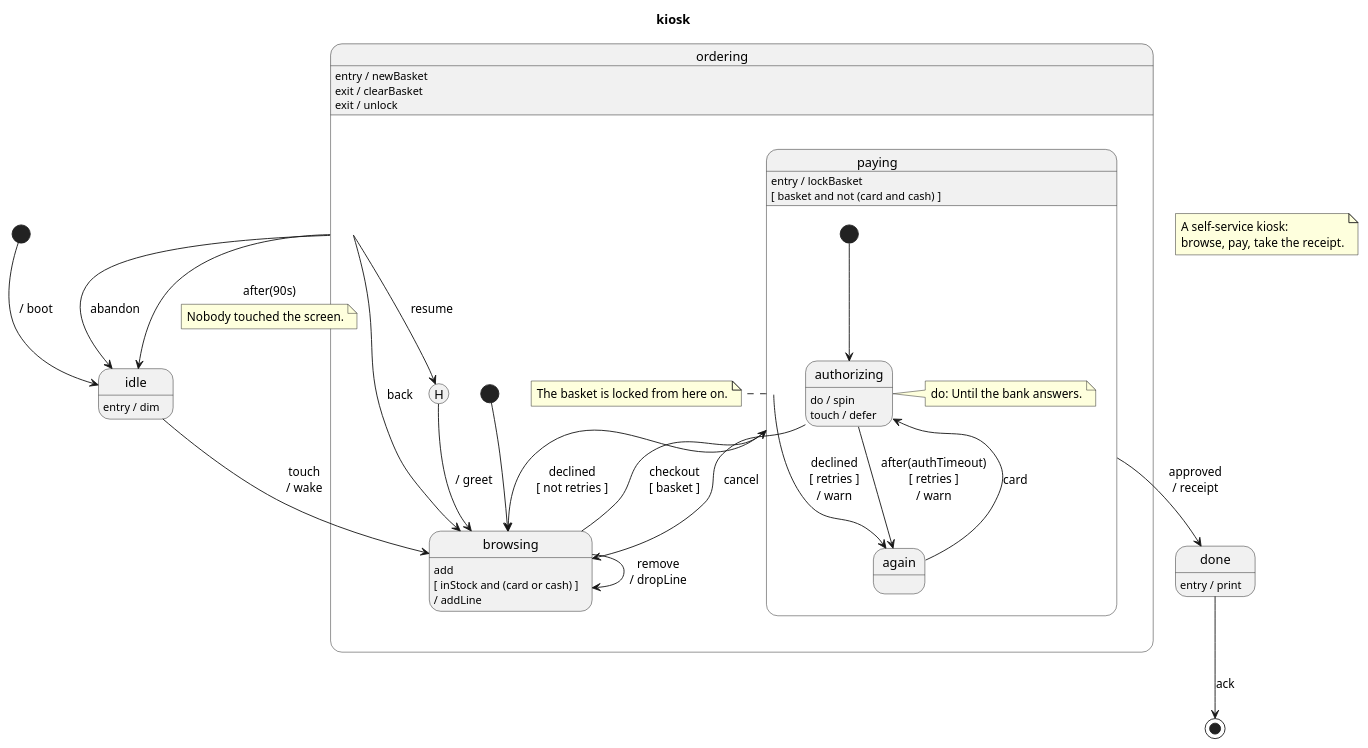
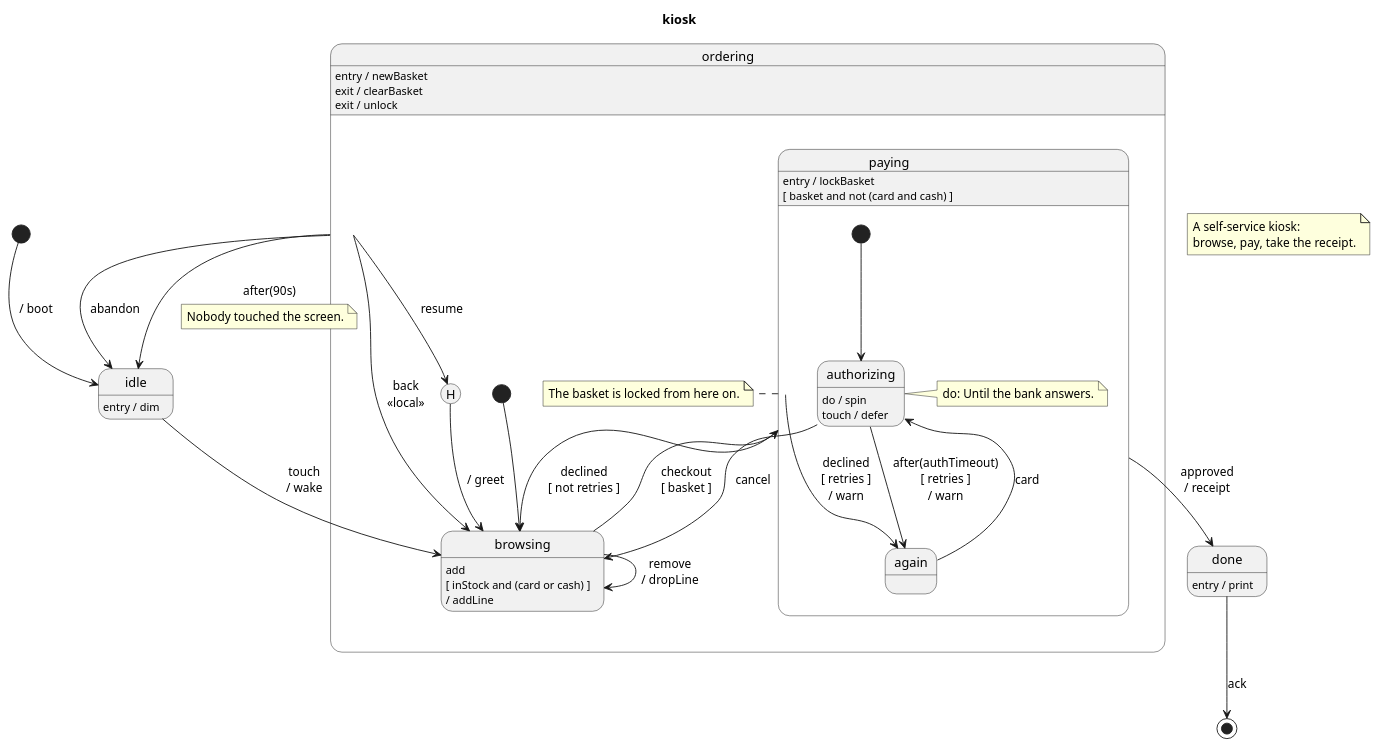
Before and after one commit to vincedupuis/transplantUML: the diagram in example/kiosk.puml, drawn with PlantUML. The commit also changed 37 other files, not shown here.

```diff
--- a/example/kiosk.puml
+++ b/example/kiosk.puml
@@ -1,49 +1,49 @@
 @startuml
 title kiosk
 note as machineNote
     A self-service kiosk:
     browse, pay, take the receipt.
 end note
 [*] --> idle: / boot
 state idle
 idle : entry / dim
 state ordering {
     [*] --> browsing
     state browsing
     state paying {
         [*] --> authorizing
         state authorizing
         authorizing : do / spin
         authorizing : touch / defer
         note right of authorizing : do: Until the bank answers.
         state again
         authorizing --> again: after(authTimeout)\n[ retries ]\n/ warn
         again --> authorizing: card
     }
     paying : entry / lockBasket
     paying : [ basket and not (card and cash) ]
     note right of paying : The basket is locked from here on.
     state "ordering.H" as ordering_H <<history>>
     browsing : add\n[ inStock and (card or cash) ]\n/ addLine
     browsing --> browsing: remove\n/ dropLine
     browsing --> paying: checkout\n[ basket ]
     paying --> again: declined\n[ retries ]\n/ warn
     paying --> browsing: declined\n[ not retries ]
     authorizing --> browsing: cancel
     ordering_H --> browsing: / greet
 }
 ordering : entry / newBasket
 ordering : exit / clearBasket
 ordering : exit / unlock
 state done
 done : entry / print
 state final <<end>>
 idle --> browsing: touch\n/ wake
 ordering --> idle: abandon
 ordering --> idle: after(90s)
 note on link : Nobody touched the screen.
 ordering --> ordering_H: resume
-ordering --> browsing: back
+ordering --> browsing: back\n«local»
 paying --> done: approved\n/ receipt
 done --> final: ack
 @enduml
```
